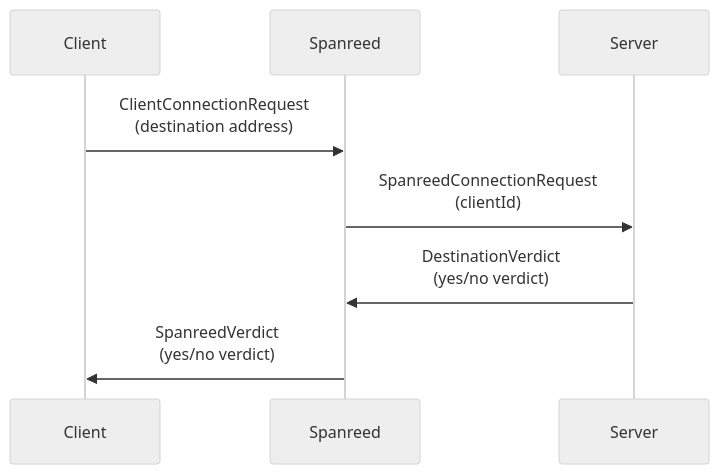
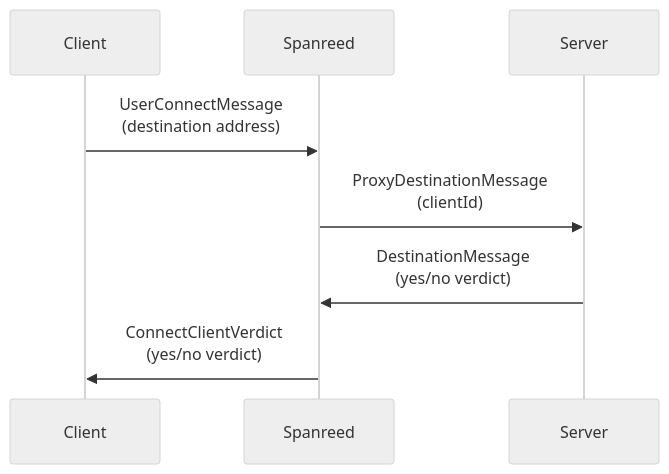
Before and after one commit to sessamekesh/spanreed-netcode-proxy: the diagram in README.md, drawn with Mermaid (neutral theme). The commit also changed other lines of this file and 1 other file, not shown here.

````diff
--- a/README.md
+++ b/README.md
@@ -28,7 +27,7 @@
 ```mermaid
 sequenceDiagram
-    Client->>Spanreed: ClientConnectionRequest<br>(destination address)
-    Spanreed->>Server: SpanreedConnectionRequest<br>(clientId)
-    Server->>Spanreed: DestinationVerdict<br>(yes/no verdict)
-    Spanreed->>Client: SpanreedVerdict<br>(yes/no verdict)
+    Client->>Spanreed: UserConnectMessage<br>(destination address)
+    Spanreed->>Server: ProxyDestinationMessage<br>(clientId)
+    Server->>Spanreed: DestinationMessage<br>(yes/no verdict)
+    Spanreed->>Client: ConnectClientVerdict<br>(yes/no verdict)
 ```
````
